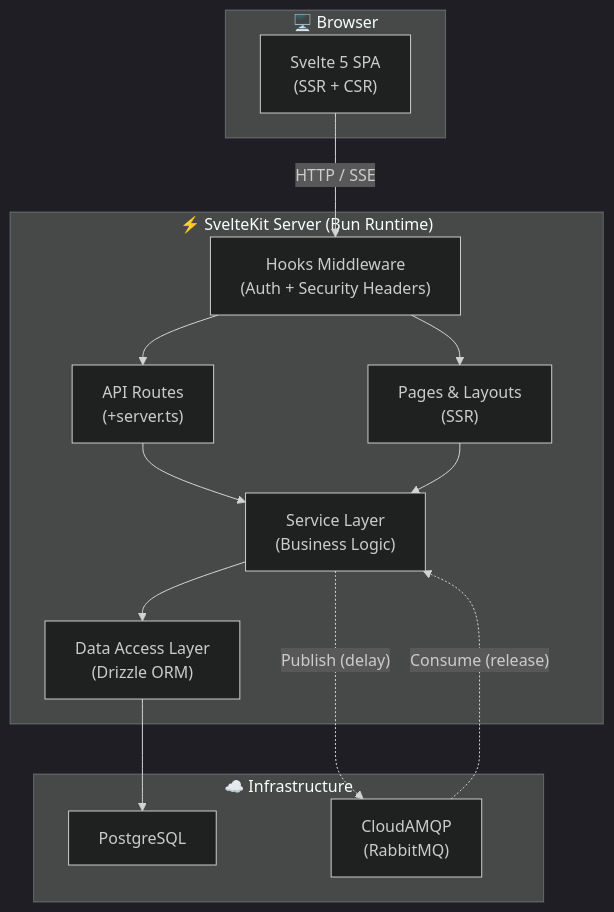
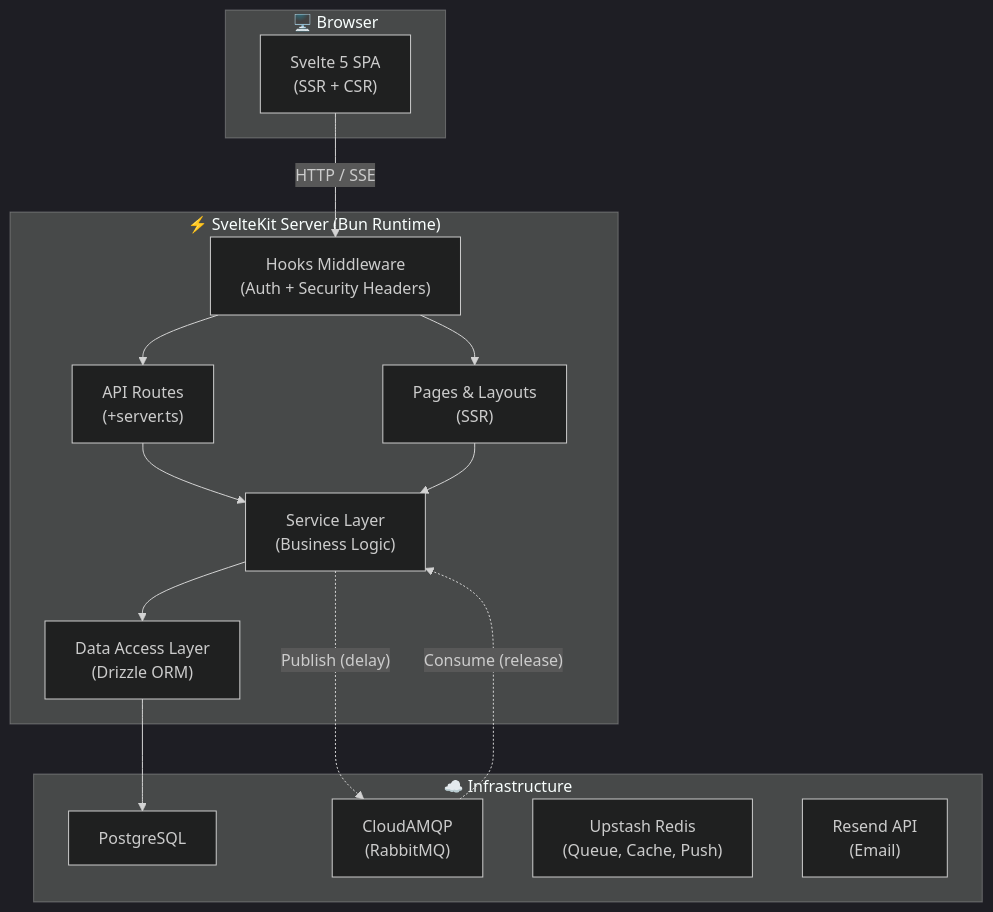
The first of 14 diagrams in docs/architecture.md (Tixtac-Project/tixtac), drawn with Mermaid (dark theme) before and after one commit. The commit also changed other lines of this file and 13 other files, not shown here.

````diff
--- a/docs/architecture.md
+++ b/docs/architecture.md
@@ -7,29 +7,31 @@
 ```mermaid
 graph TB
     subgraph Client["🖥️ Browser"]
         SPA["Svelte 5 SPA<br/>(SSR + CSR)"]
     end
 
     subgraph SvelteKit["⚡ SvelteKit Server (Bun Runtime)"]
         Pages["Pages & Layouts<br/>(SSR)"]
         API["API Routes<br/>(+server.ts)"]
         Hooks["Hooks Middleware<br/>(Auth + Security Headers)"]
         Services["Service Layer<br/>(Business Logic)"]
         DAL["Data Access Layer<br/>(Drizzle ORM)"]
     end
 
     subgraph Infra["☁️ Infrastructure"]
         PG["PostgreSQL"]
         MQ["CloudAMQP<br/>(RabbitMQ)"]
+        Redis["Upstash Redis<br/>(Queue, Cache, Push)"]
+        Resend["Resend API<br/>(Email)"]
     end
 
     SPA -- "HTTP / SSE" --> Hooks
     Hooks --> Pages
     Hooks --> API
     API --> Services
     Pages --> Services
     Services --> DAL
     DAL --> PG
     Services -. "Publish (delay)" .-> MQ
     MQ -. "Consume (release)" .-> Services
 ```
````
